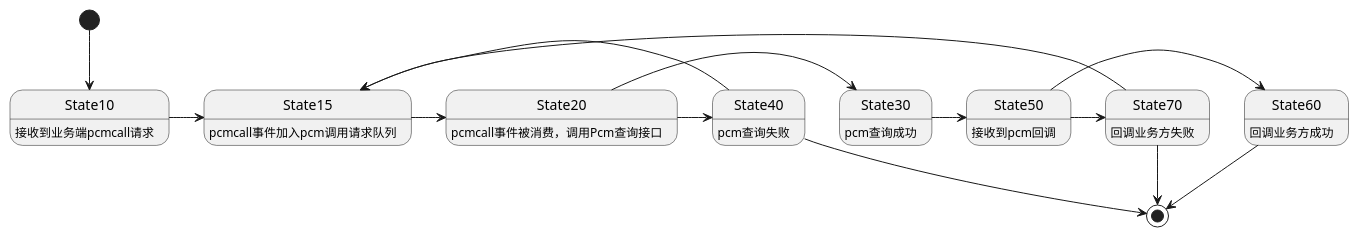
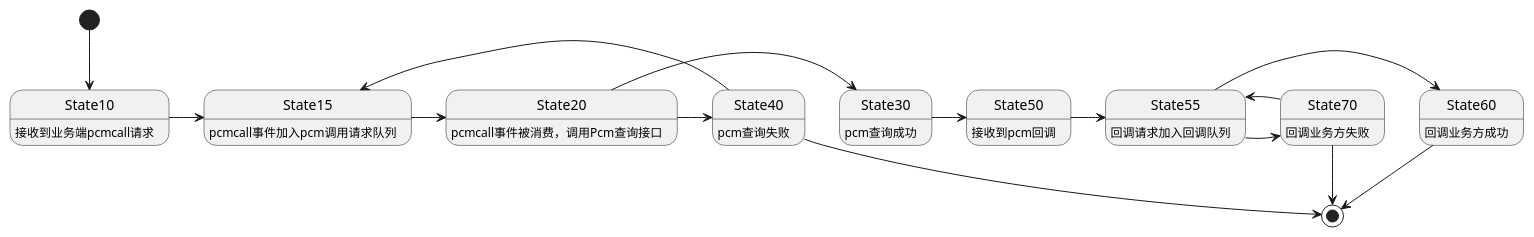
Before and after one commit to 0xff1234/xiaoshujiang: the third of 4 diagrams in PcmDispatcher设计文档.md, drawn with PlantUML. The commit also changed other lines of this file, not shown here.

Commit message:
修改文件: PcmDispatcher设计文档.md

````diff
--- a/PcmDispatcher设计文档.md
+++ b/PcmDispatcher设计文档.md
@@ -111,32 +111,36 @@
 ``` plantuml!
 @startuml
 [*] --> State10
 State10 : 接收到业务端pcmcall请求
 State10 -> State15
 
 State15 :pcmcall事件加入pcm调用请求队列
 State15 -> State20
 
 State20 : pcmcall事件被消费，调用Pcm查询接口
 State20 -> State30
 State20 -> State40
 
 State40 : pcm查询失败
 State40 -> State15
 State40 --> [*]
 
 State30 : pcm查询成功
 State30 -> State50
 
 State50 : 接收到pcm回调
-State50 -> State60
-State50-> State70
+State50 -> State55
+
+
+State55 : 回调请求加入回调队列
+State55 -> State60
+State55-> State70
 
 State60 : 回调业务方成功
 State60 --> [*]
 
 State70 : 回调业务方失败
-State70 -> State15
+State70 -> State55
 State70 --> [*]
 @enduml
 ```
````
